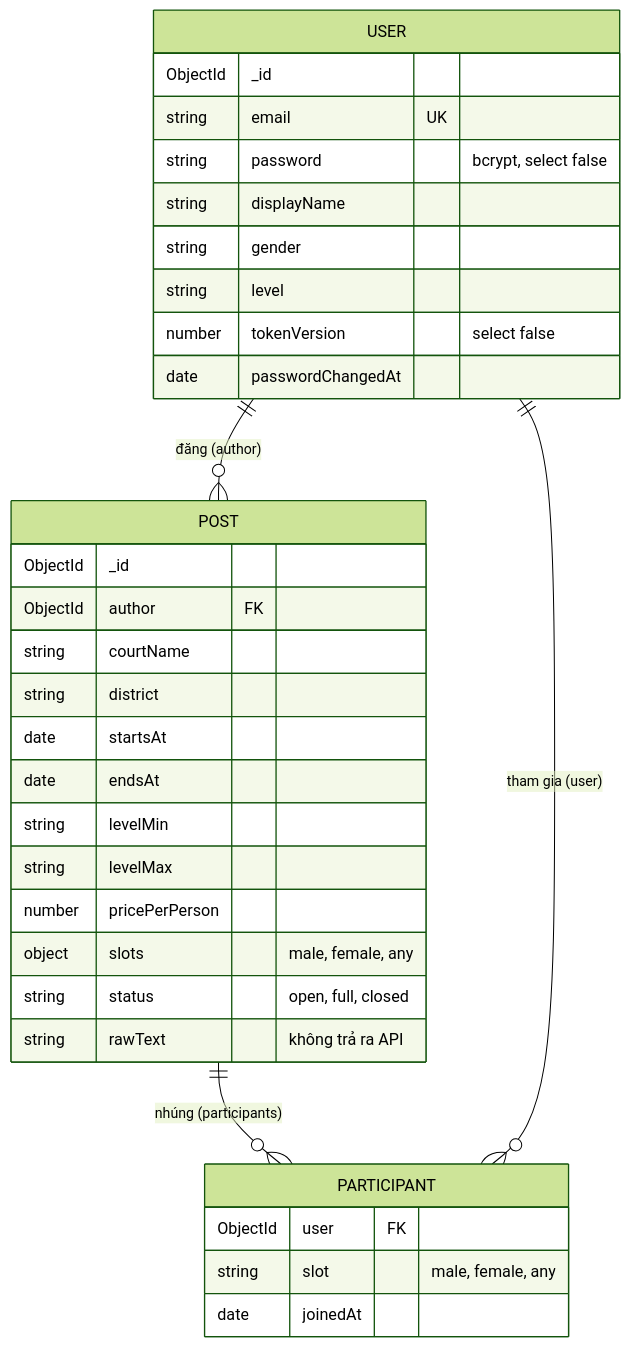
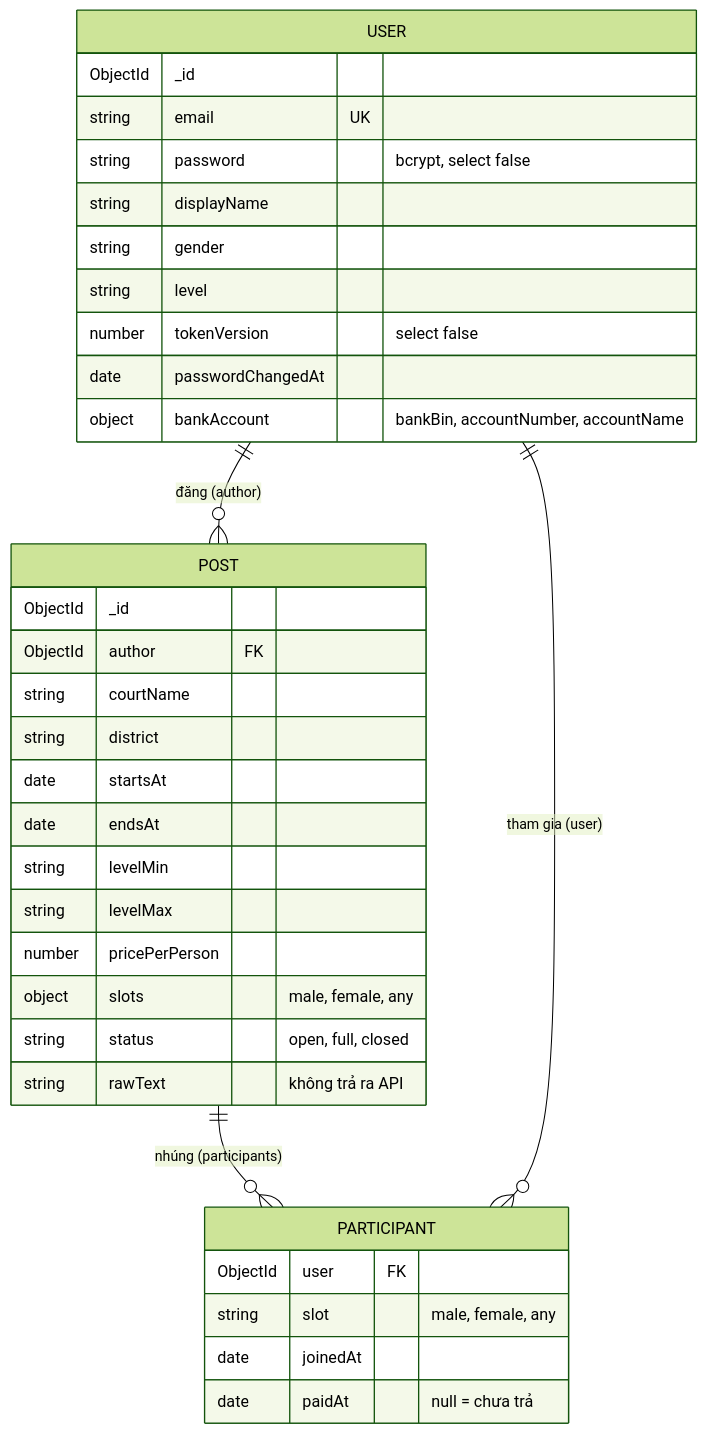
One commit to DucManh300905/Badminton-Matching changed the diagram in docs/database.md. Above: the diagram before and after it, drawn with Mermaid (forest theme). The commit also changed other lines of this file and 37 other files, not shown here.

````diff
--- a/docs/database.md
+++ b/docs/database.md
@@ -21,36 +21,38 @@
 ```mermaid
 erDiagram
     USER ||--o{ POST : "đăng (author)"
     POST ||--o{ PARTICIPANT : "nhúng (participants)"
     USER ||--o{ PARTICIPANT : "tham gia (user)"
 
     USER {
         ObjectId _id
         string email UK
         string password "bcrypt, select false"
         string displayName
         string gender
         string level
         number tokenVersion "select false"
         date passwordChangedAt
+        object bankAccount "bankBin, accountNumber, accountName"
     }
     POST {
         ObjectId _id
         ObjectId author FK
         string courtName
         string district
         date startsAt
         date endsAt
         string levelMin
         string levelMax
         number pricePerPerson
         object slots "male, female, any"
         string status "open, full, closed"
         string rawText "không trả ra API"
     }
     PARTICIPANT {
         ObjectId user FK
         string slot "male, female, any"
         date joinedAt
+        date paidAt "null = chưa trả"
     }
 ```
````
